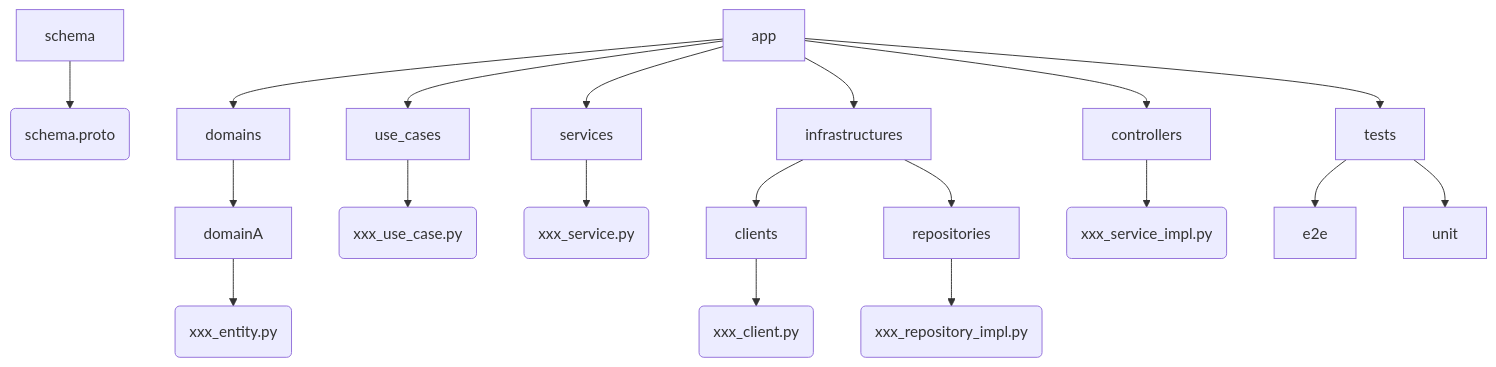
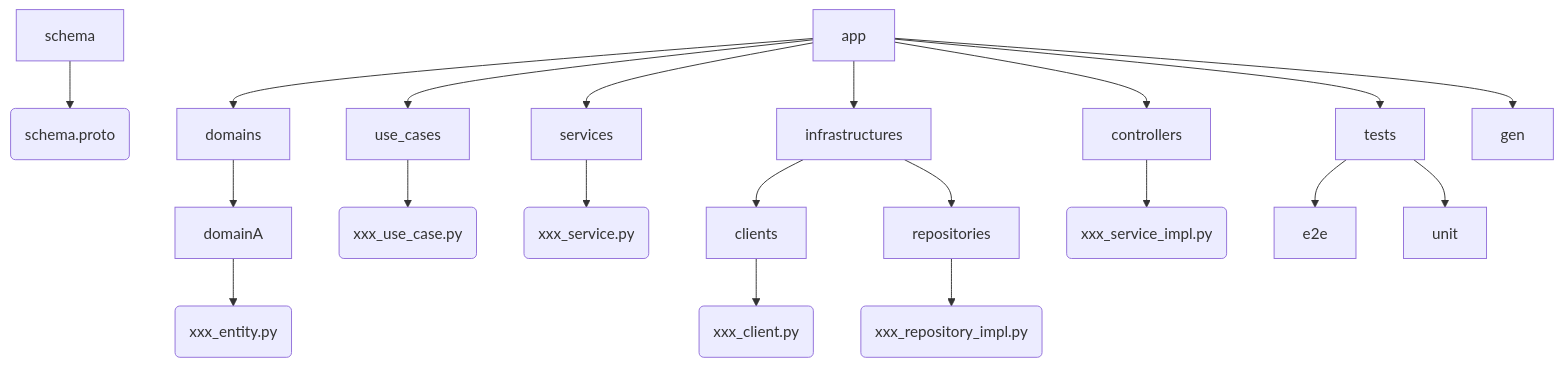
The second of 2 diagrams in designdoc.md (OhVIton/agepoyo), drawn with Mermaid before and after one commit. The commit also changed 12 other files, not shown here.

````diff
--- a/designdoc.md
+++ b/designdoc.md
@@ -26,28 +26,29 @@
 ```mermaid
 flowchart TD
     schema --> schema.proto(schema.proto)
 
     app --> domains
     app --> use_cases
     app --> services
     app --> infrastructures
     app --> controllers
     app --> tests
+    app --> gen
 
     domains --> domainA
     domainA --> xxx_entity.py(xxx_entity.py)
 
     use_cases --> xxx_use_case.py(xxx_use_case.py)
 
     services --> xxx_service.py(xxx_service.py)
 
     infrastructures --> clients
     clients --> xxx_client_impl.py(xxx_client.py)
     infrastructures --> repositories
     repositories --> xxx_repository_impl.py(xxx_repository_impl.py)
 
     controllers --> xxx_service_impl.py(xxx_service_impl.py)
 
     tests --> e2e
     tests --> unit
 ```
````
